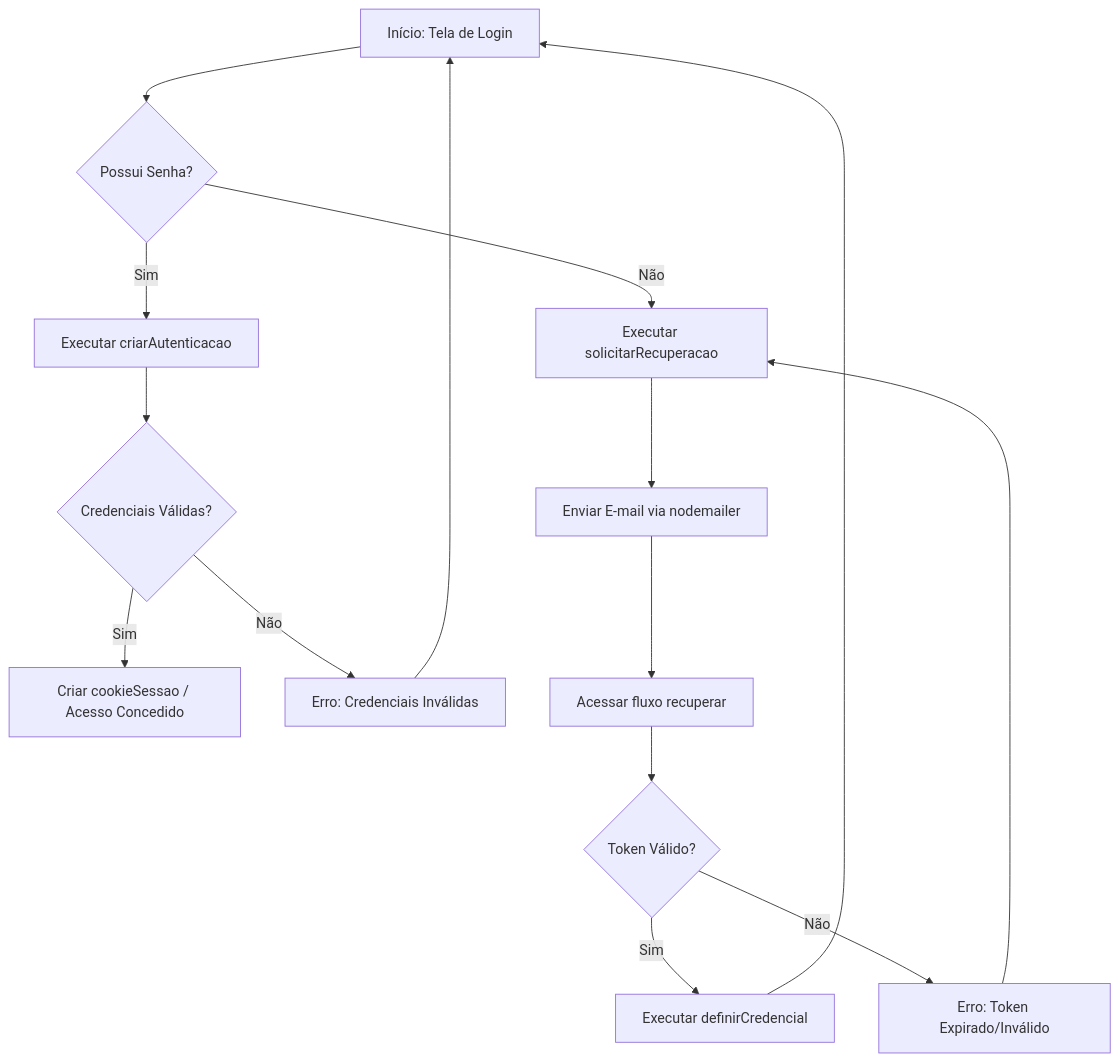
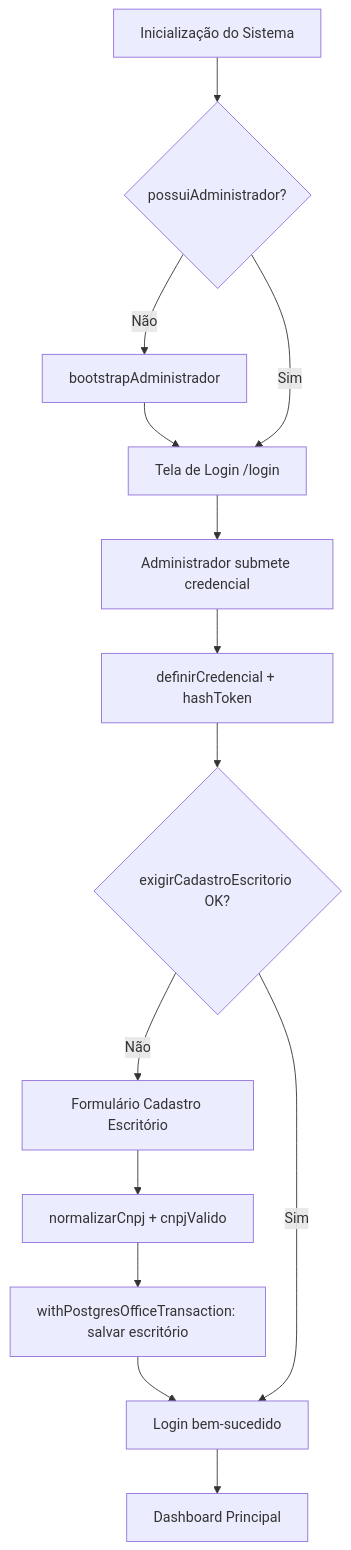
Before and after one commit to diogo-rp-menezes/mediador-monitor: the first of 11 diagrams in docs/01-discovery/user-flows.md, drawn with Mermaid. The commit also changed other lines of this file and 4 other files, not shown here.

````diff
--- a/docs/01-discovery/user-flows.md
+++ b/docs/01-discovery/user-flows.md
@@ -28,17 +35,16 @@
 ```mermaid
 graph TD
-    A[Início: Tela de Login] --> B{Possui Senha?}
-    B -- Sim --> C[Executar criarAutenticacao]
-    B -- Não --> D[Executar solicitarRecuperacao]
-    C --> E{Credenciais Válidas?}
-    E -- Sim --> F[Criar cookieSessao / Acesso Concedido]
-    E -- Não --> G[Erro: Credenciais Inválidas]
-    G --> A
-    D --> H[Enviar E-mail via nodemailer]
-    H --> I[Acessar fluxo recuperar]
-    I --> J{Token Válido?}
-    J -- Sim --> K[Executar definirCredencial]
-    J -- Não --> L[Erro: Token Expirado/Inválido]
-    L --> D
-    K --> A
+    A[Inicialização do Sistema] --> B{possuiAdministrador?}
+    B -- Não --> C[bootstrapAdministrador]
+    C --> D[Tela de Login /login]
+    D --> E[Administrador submete credencial]
+    E --> F[definirCredencial + hashToken]
+    F --> G{exigirCadastroEscritorio OK?}
+    G -- Não --> H[Formulário Cadastro Escritório]
+    H --> I[normalizarCnpj + cnpjValido]
+    I --> J[withPostgresOfficeTransaction: salvar escritório]
+    J --> K[Login bem-sucedido]
+    G -- Sim --> K
+    K --> L[Dashboard Principal]
+    B -- Sim --> D
 ```
````
